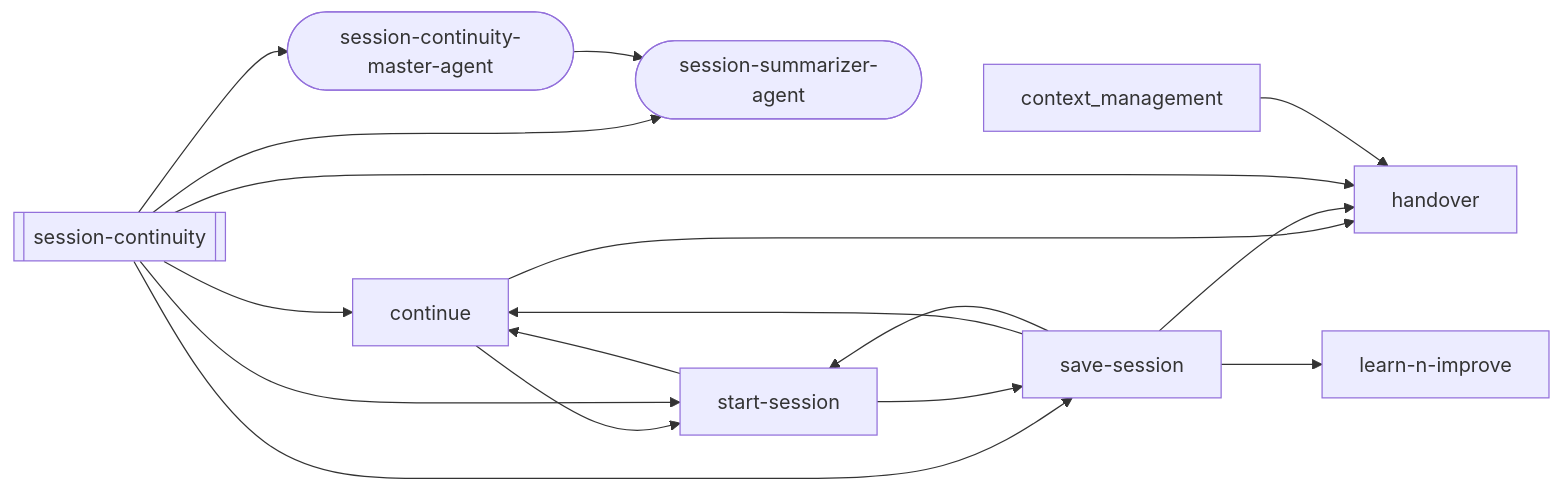
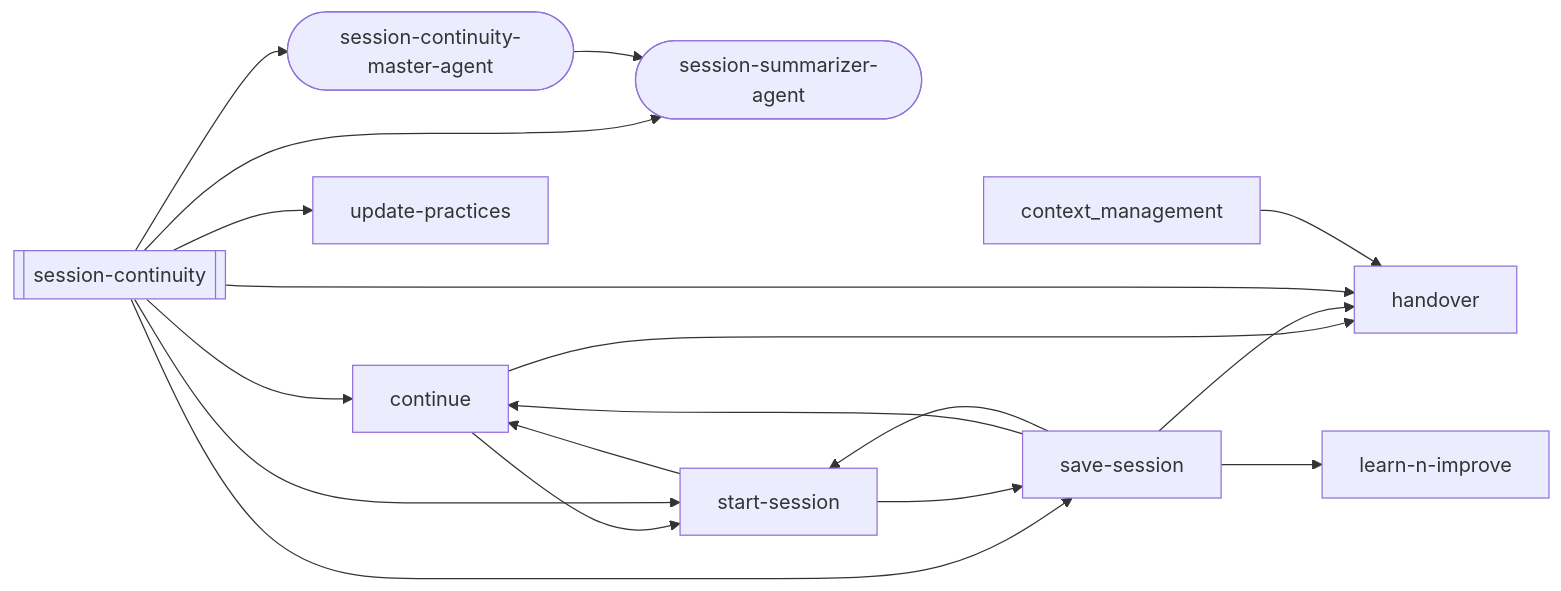
One commit to abhayla/claude-best-practices changed the fourth of 12 diagrams in docs/workflows/session-continuity.md. Above: the diagram before and after it, drawn with Mermaid. The commit also changed other lines of this file and 12 other files, not shown here.

````diff
--- a/docs/workflows/session-continuity.md
+++ b/docs/workflows/session-continuity.md
@@ -302,27 +344,29 @@
 ```mermaid
 graph LR
     session_continuity[["session-continuity"]]
     continue["continue"]
     handover["handover"]
     learn_n_improve["learn-n-improve"]
     save_session["save-session"]
     session_continuity_master_agent(["session-continuity-master-agent"])
     session_summarizer_agent(["session-summarizer-agent"])
     start_session["start-session"]
+    update_practices["update-practices"]
     continue --> handover
     continue --> start_session
     save_session --> continue
     save_session --> handover
     save_session --> learn_n_improve
     save_session --> start_session
     session_continuity --> continue
     session_continuity --> handover
     session_continuity --> save_session
     session_continuity --> start_session
+    session_continuity --> update_practices
     session_continuity --> session_continuity_master_agent
     session_continuity --> session_summarizer_agent
     start_session --> continue
     start_session --> save_session
     session_continuity_master_agent --> session_summarizer_agent
     context_management --> handover
 ```
````
